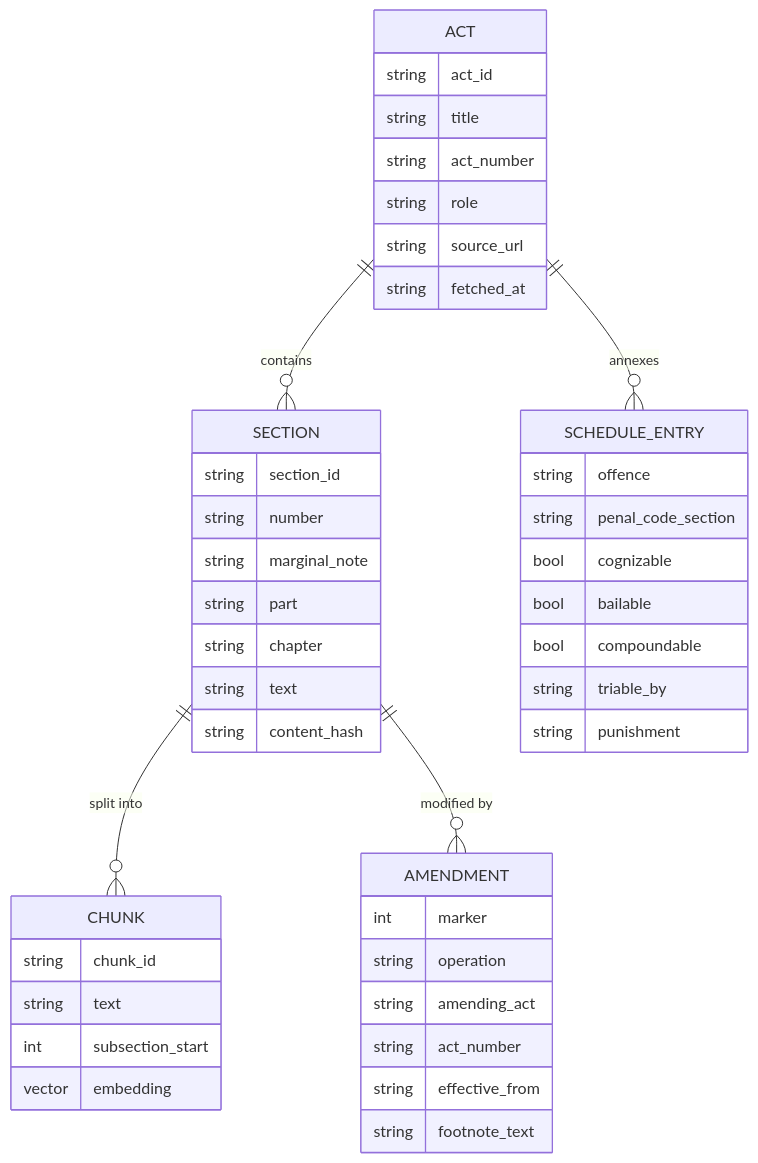
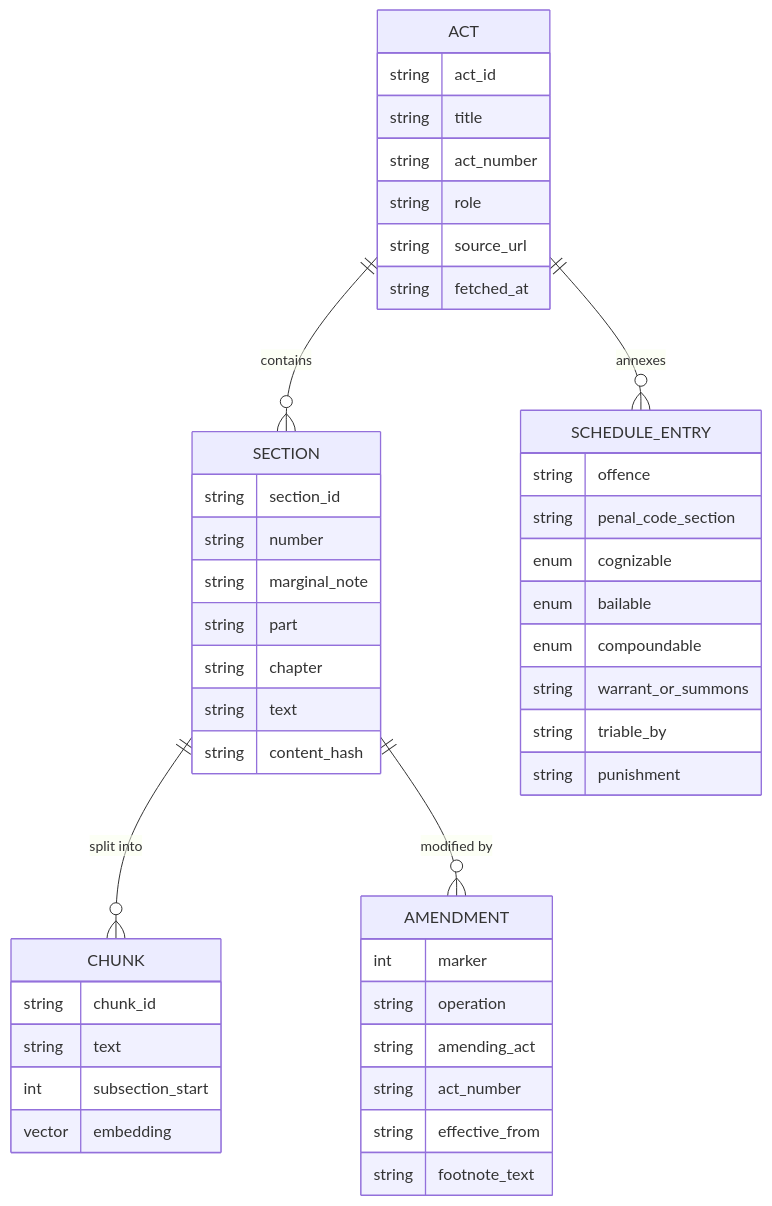
Before and after one commit to asifuddin01/Criminal-Law-Q-A-Assistant: the fourth of 4 diagrams in docs/architecture.md, drawn with Mermaid. The commit also changed other lines of this file and 9 other files, not shown here.

````diff
--- a/docs/architecture.md
+++ b/docs/architecture.md
@@ -142,47 +152,48 @@
 ```mermaid
 erDiagram
     ACT ||--o{ SECTION : contains
     ACT {
         string act_id
         string title
         string act_number
         string role
         string source_url
         string fetched_at
     }
     SECTION ||--o{ CHUNK : "split into"
     SECTION ||--o{ AMENDMENT : "modified by"
     SECTION {
         string section_id
         string number
         string marginal_note
         string part
         string chapter
         string text
         string content_hash
     }
     CHUNK {
         string chunk_id
         string text
         int subsection_start
         vector embedding
     }
     AMENDMENT {
         int marker
         string operation
         string amending_act
         string act_number
         string effective_from
         string footnote_text
     }
     ACT ||--o{ SCHEDULE_ENTRY : "annexes"
     SCHEDULE_ENTRY {
         string offence
         string penal_code_section
-        bool cognizable
-        bool bailable
-        bool compoundable
+        enum cognizable
+        enum bailable
+        enum compoundable
+        string warrant_or_summons
         string triable_by
         string punishment
     }
 ```
````
